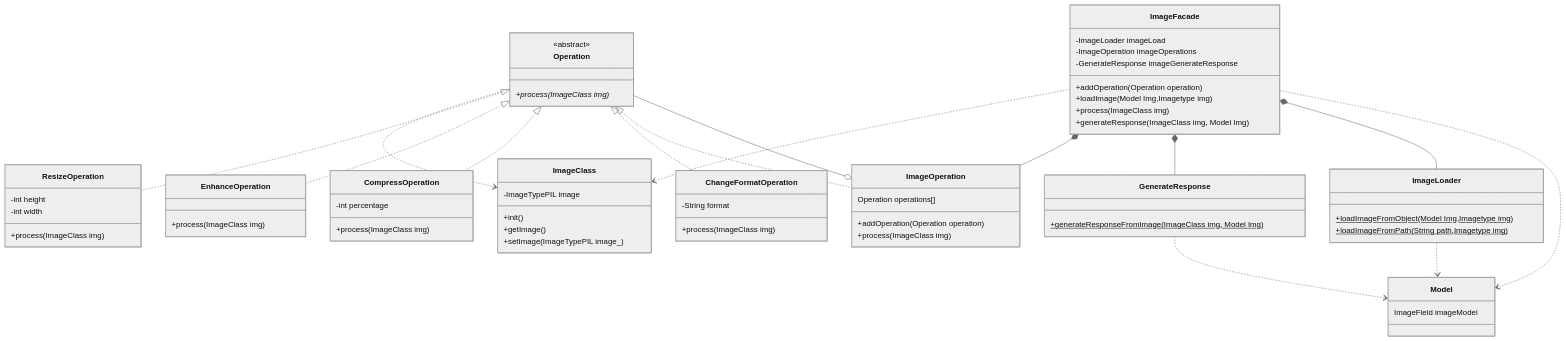
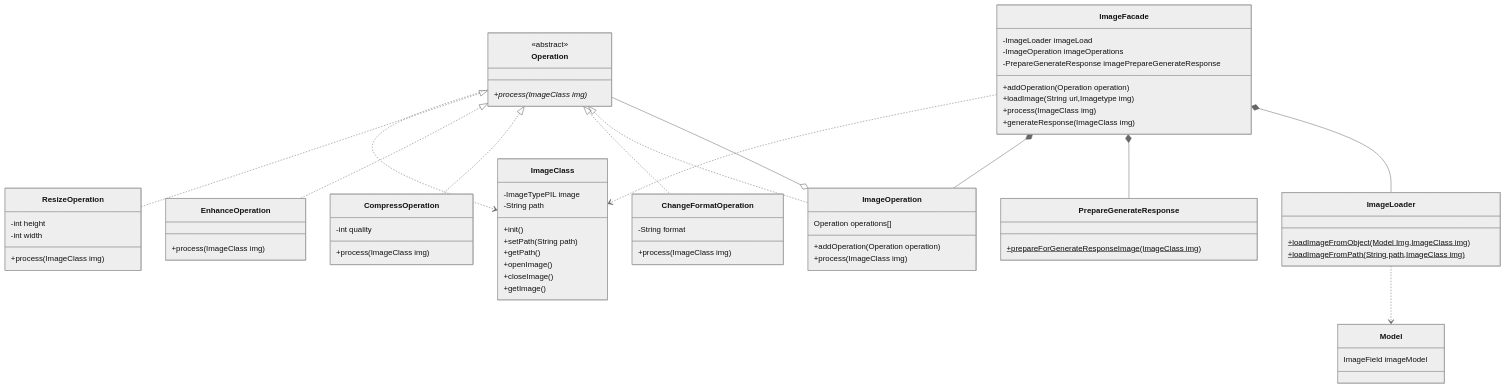
The diagram in backend/UML.md (wojexe/piCraft), drawn with Mermaid (neutral theme) before and after one commit.

Commit message:
rename classses

````diff
--- a/backend/UML.md
+++ b/backend/UML.md
@@ -1,74 +1,77 @@
 ```mermaid
 
 classDiagram
     Operation ..> ImageClass
     ImageFacade ..> ImageClass
     Operation <|.. ResizeOperation
     Operation <|.. EnhanceOperation
     Operation <|.. CompressOperation
     Operation <|.. ChangeFormatOperation
     Operation <|.. ImageOperation
     ImageOperation o-- Operation
     ImageFacade *-- ImageOperation
-    ImageFacade *-- GenerateResponse
+    ImageFacade *-- PrepareGenerateResponse
     ImageFacade *-- ImageLoader
-    GenerateResponse ..> Model
     ImageLoader ..> Model
-    ImageFacade ..> Model
 
     class Model{
         ImageField imageModel
     }
 
     class ImageClass{
         -ImageTypePIL image
+        -String path
         +init()
+        +setPath(String path)
+        +getPath()
+        +openImage()
+        +closeImage()
         +getImage()
-        +setImage(ImageTypePIL image_)
     }
     class ImageFacade{
         -ImageLoader imageLoad
         -ImageOperation imageOperations
-        -GenerateResponse imageGenerateResponse
+        -PrepareGenerateResponse imagePrepareGenerateResponse
 
         +addOperation(Operation operation)
-        +loadImage(Model Img,Imagetype img)
+        +loadImage(String url,Imagetype img)
         +process(ImageClass img)
-        +generateResponse(ImageClass img, Model Img)
+        +generateResponse(ImageClass img)
     }
-    class GenerateResponse{
-        +generateResponseFromImage(ImageClass img, Model Img)$
+    class PrepareGenerateResponse{
+        +prepareForGenerateResponseImage(ImageClass img)$
     }
     class ImageOperation{
         Operation operations[]
         +addOperation(Operation operation)
         +process(ImageClass img)
 
     }
     class ImageLoader{
-        +loadImageFromObject(Model Img,Imagetype img)$
-        +loadImageFromPath(String path,Imagetype img)$
+        +loadImageFromObject(Model Img,ImageClass img)$
+        +loadImageFromPath(String path,ImageClass img)$
 
     }
     class Operation{
         +process(ImageClass img)*
     }
     <<abstract>> Operation
     class EnhanceOperation{
         +process(ImageClass img)
     }
     class CompressOperation{
-        -int percentage
+        -int quality
         +process(ImageClass img)
     }
     class ResizeOperation{
         -int height
         -int width
         +process(ImageClass img)
     }
     class ChangeFormatOperation{
         -String format
         +process(ImageClass img)
     }
 
+
 ```
````
